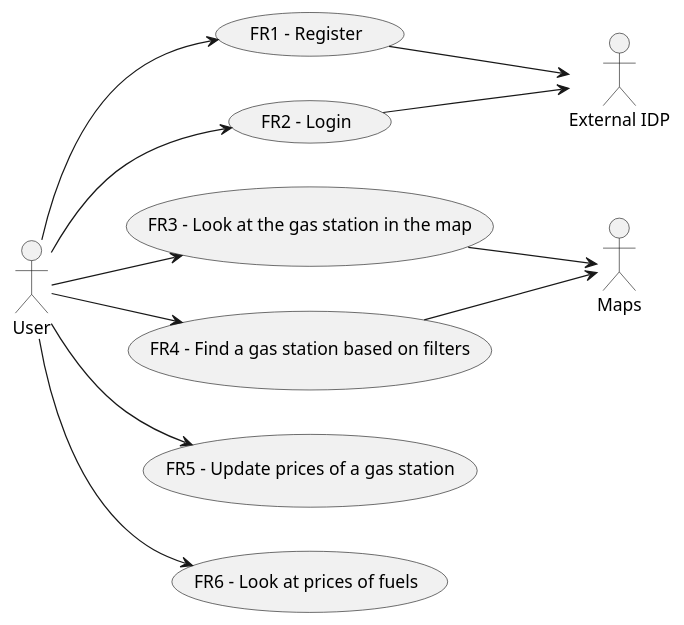
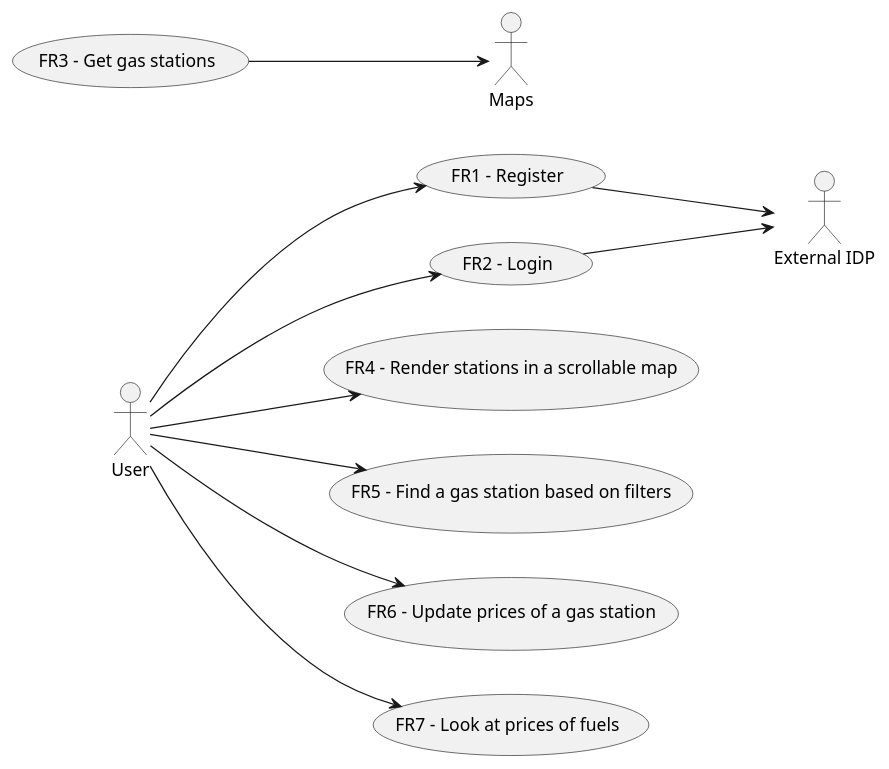
One commit to SoftengPoliTo/Lab2 changed the second of 3 diagrams in REQ_s273797.md. Above: the diagram before and after it, drawn with PlantUML. The commit also changed other lines of this file, not shown here.

````diff
--- a/REQ_s273797.md
+++ b/REQ_s273797.md
@@ -101,22 +103,22 @@
 ```plantuml
 left to right direction
 actor User as u
 actor :External IDP: as i
-actor Maps as m
 (FR1 - Register) as FR1
 (FR2 - Login) as FR2
-(FR3 - Look at the gas station in the map) as FR3
-(FR4 - Find a gas station based on filters) as FR4
-(FR5 - Update prices of a gas station) as FR5
-(FR6 - Look at prices of fuels) as FR6
+(FR3 - Get gas stations) as FR3
+(FR4 - Render stations in a scrollable map) as FR4
+(FR5 - Find a gas station based on filters) as FR5
+(FR6 - Update prices of a gas station) as FR6
+(FR7 - Look at prices of fuels) as FR7
+actor Maps as m
 u --> FR1
 FR1 --> i
 u --> FR2
 FR2 --> i
-u --> FR3
 FR3 --> m
 u --> FR4
-FR4 --> m
 u --> FR5
 u --> FR6
+u --> FR7
 ```
````
